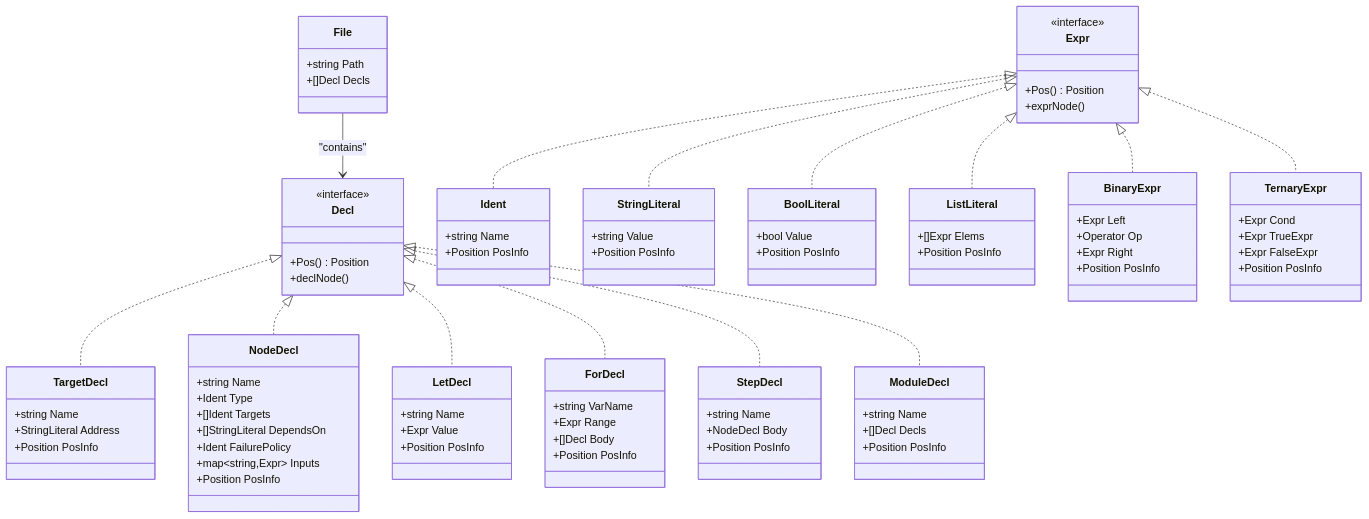
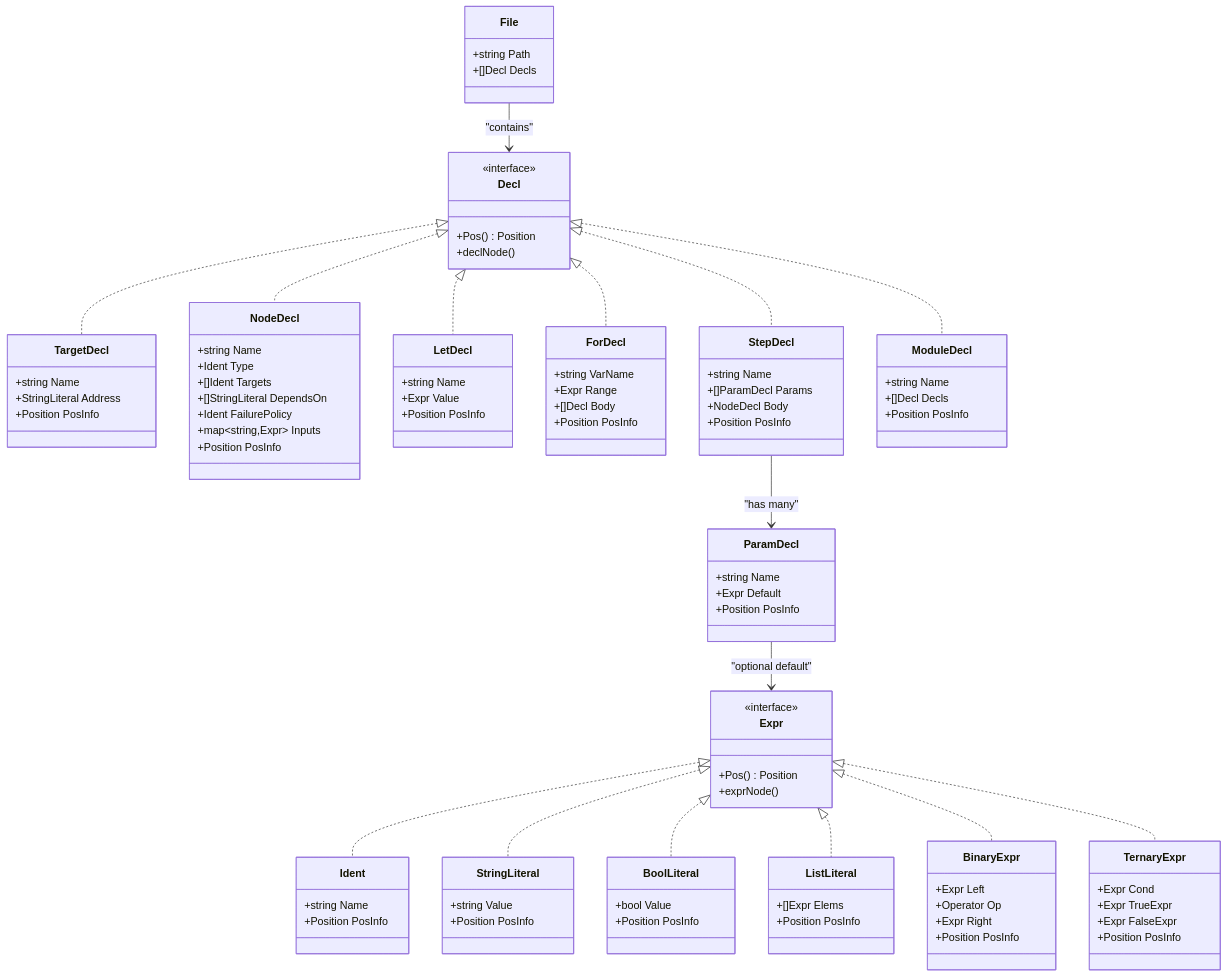
The fourth of 18 diagrams in .qoder/repowiki/en/content/.devops Language Reference/Compilation Pipeline.md (ahmednour1430464/dotdevops), drawn with Mermaid before and after one commit. The commit also changed other lines of this file and 12 other files, not shown here.

```diff
--- a/.qoder/repowiki/en/content/.devops Language Reference/Compilation Pipeline.md
+++ b/.qoder/repowiki/en/content/.devops Language Reference/Compilation Pipeline.md
@@ -334,7 +398,13 @@
 }
 class StepDecl {
 +string Name
++[]ParamDecl Params
 +NodeDecl Body
++Position PosInfo
+}
+class ParamDecl {
++string Name
++Expr Default
 +Position PosInfo
 }
 class ModuleDecl {
@@ -377,6 +447,8 @@
 Decl <|.. ForDecl
 Decl <|.. StepDecl
 Decl <|.. ModuleDecl
+StepDecl --> ParamDecl : "has many"
+ParamDecl --> Expr : "optional default"
 Expr <|.. Ident
 Expr <|.. StringLiteral
 Expr <|.. BoolLiteral
```
